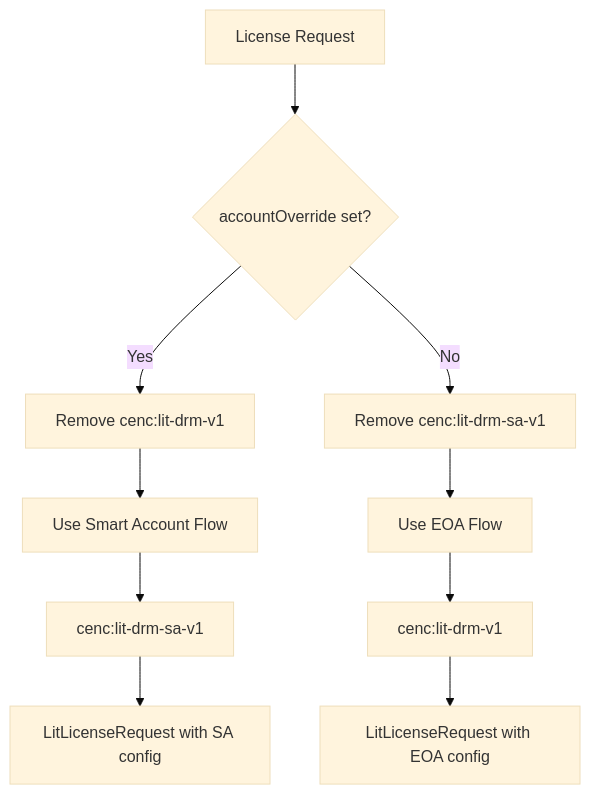
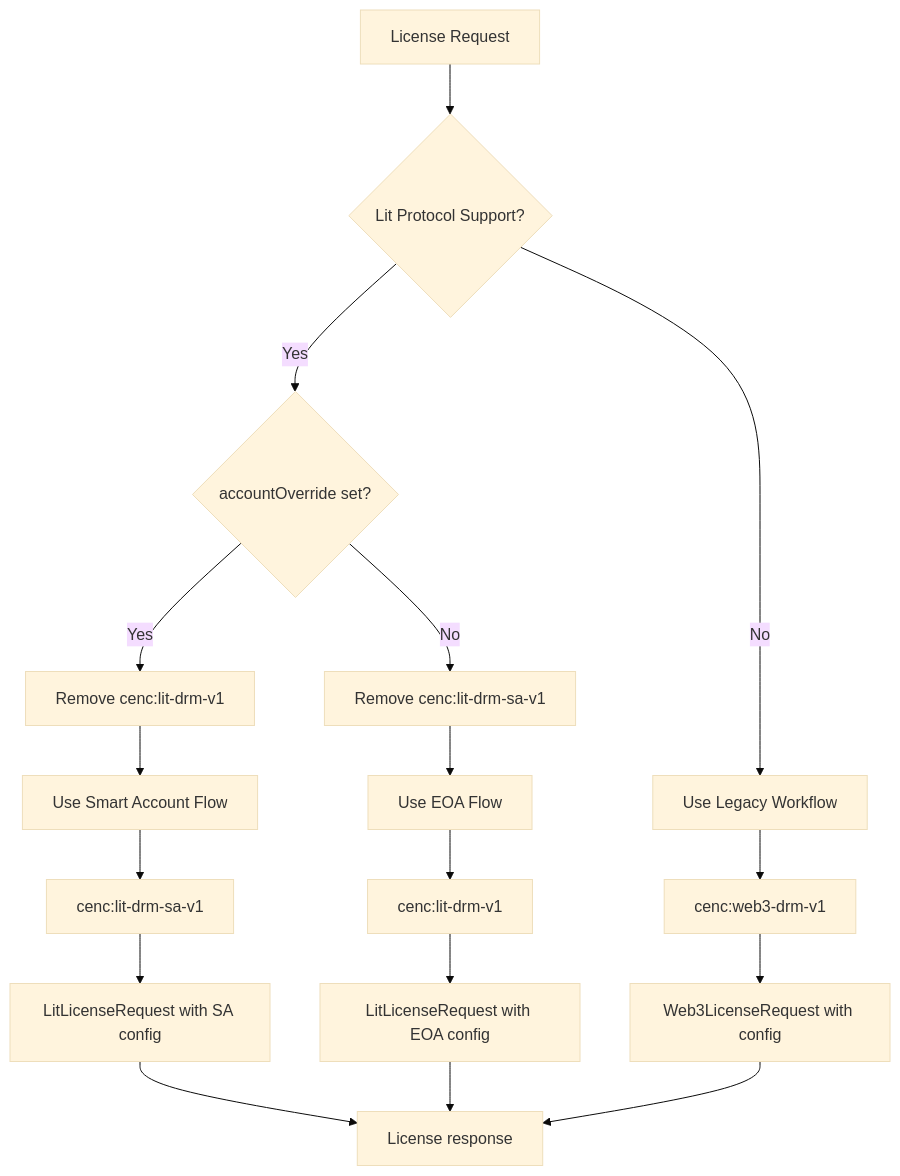
One commit to Elacity/lit-keystore-moleculer changed the third of 15 diagrams in docs/MEDIA-PLAYER-DECRYPTION-WORKFLOW.md. Above: the diagram before and after it, drawn with Mermaid (base theme). The commit also changed other lines of this file and 3 other files, not shown here.

````diff
--- a/docs/MEDIA-PLAYER-DECRYPTION-WORKFLOW.md
+++ b/docs/MEDIA-PLAYER-DECRYPTION-WORKFLOW.md
@@ -66,15 +64,23 @@
 ```mermaid
 flowchart TD
-    A[License Request] --> B{accountOverride set?}
+    A[License Request] --> BB{Lit Protocol Support?}
+    BB -->|Yes| B{accountOverride set?}
+    BB -->|No| DD[Use Legacy Workflow]
     B -->|Yes| C[Remove cenc:lit-drm-v1]
     B -->|No| D[Remove cenc:lit-drm-sa-v1]
-    
+
     C --> E[Use Smart Account Flow]
     D --> F[Use EOA Flow]
-    
+
     E --> G[cenc:lit-drm-sa-v1]
     F --> H[cenc:lit-drm-v1]
-    
+    DD --> D1[cenc:web3-drm-v1]
+
     G --> I[LitLicenseRequest with SA config]
     H --> J[LitLicenseRequest with EOA config]
+    D1 --> D2[Web3LicenseRequest with config]
+    
+    I --> Z[License response]
+    J --> Z
+    D2 --> Z
 ```
````
